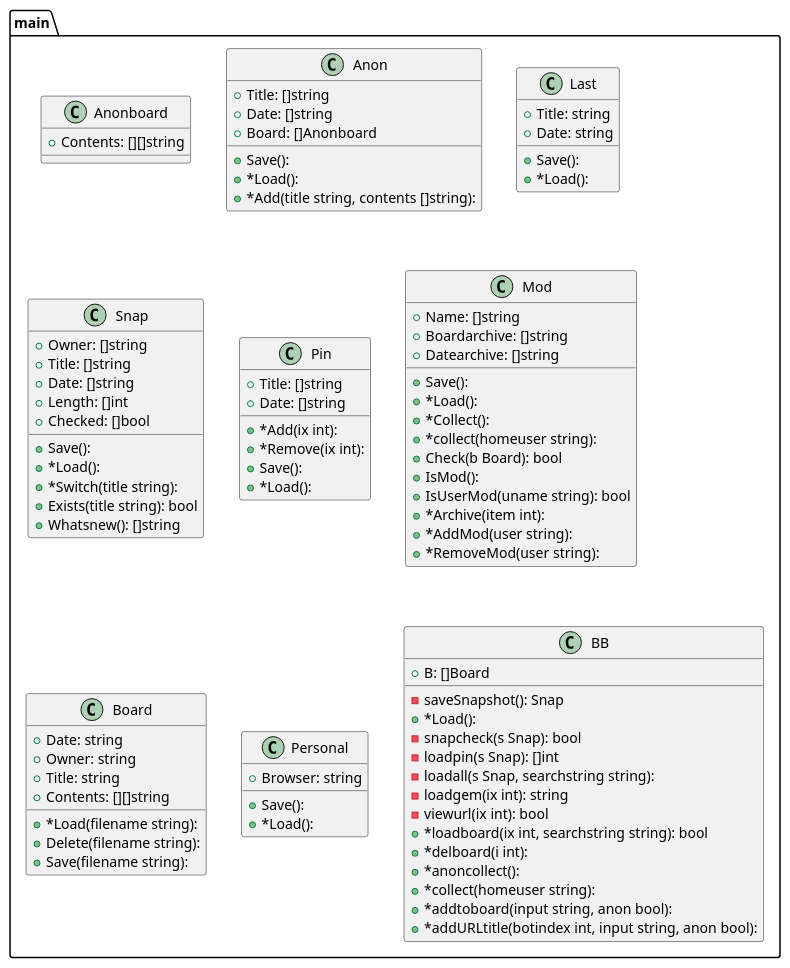
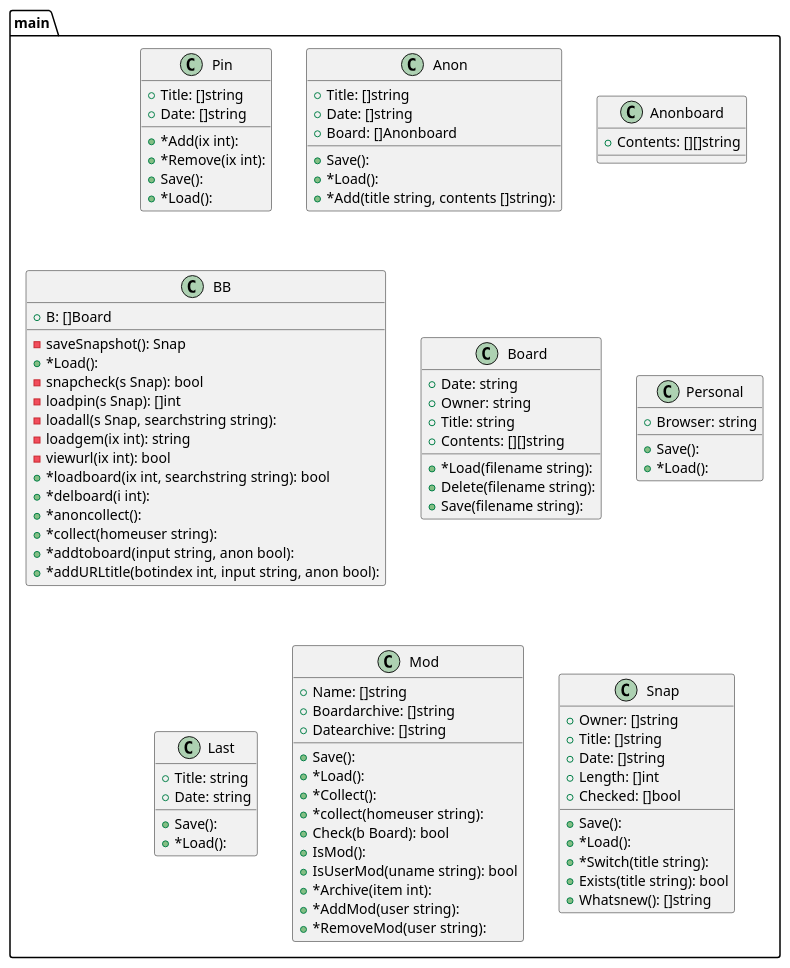
The diagram in graph.puml (tbal999/bb), drawn with PlantUML before and after one commit. The commit also changed other lines of this file and 1 other file, not shown here.

```diff
--- a/graph.puml
+++ b/graph.puml
@@ -1,104 +1,104 @@
 @startuml
 package ...main{
-class Anonboard {
-+Contents: [][]string
-
+class Pin {
++Title: []string
++Date: []string
++*Add(ix int): 
++*Remove(ix int): 
++Save(): 
++*Load(): 
 }
 }
 package ...main{
 class Anon {
 +Title: []string
 +Date: []string
 +Board: []Anonboard
 +Save(): 
 +*Load(): 
 +*Add(title string, contents []string): 
 }
 }
 package ...main{
-class Last {
+class Anonboard {
++Contents: [][]string
+
+}
+}
+package ...main{
+class BB {
++B: []Board
+-saveSnapshot(): Snap
++*Load(): 
+-snapcheck(s Snap): bool
+-loadpin(s Snap): []int
+-loadall(s Snap, searchstring string): 
+-loadgem(ix int): string
+-viewurl(ix int): bool
++*loadboard(ix int, searchstring string): bool
++*delboard(i int): 
++*anoncollect(): 
++*collect(homeuser string): 
++*addtoboard(input string, anon bool): 
++*addURLtitle(botindex int, input string, anon bool): 
+}
+}
+package ...main{
+class Board {
++Date: string
++Owner: string
 +Title: string
-+Date: string
++Contents: [][]string
++*Load(filename string): 
++Delete(filename string): 
++Save(filename string): 
+}
+}
+package ...main{
+class Personal {
++Browser: string
 +Save(): 
 +*Load(): 
 }
 }
 package ...main{
-class Snap {
-+Owner: []string
-+Title: []string
-+Date: []string
-+Length: []int
-+Checked: []bool
-+Save(): 
-+*Load(): 
-+*Switch(title string): 
-+Exists(title string): bool
-+Whatsnew(): []string
-}
-}
-package ...main{
-class Pin {
-+Title: []string
-+Date: []string
-+*Add(ix int): 
-+*Remove(ix int): 
+class Last {
++Title: string
++Date: string
 +Save(): 
 +*Load(): 
 }
 }
 package ...main{
 class Mod {
 +Name: []string
 +Boardarchive: []string
 +Datearchive: []string
 +Save(): 
 +*Load(): 
 +*Collect(): 
 +*collect(homeuser string): 
 +Check(b Board): bool
 +IsMod(): 
 +IsUserMod(uname string): bool
 +*Archive(item int): 
 +*AddMod(user string): 
 +*RemoveMod(user string): 
 }
 }
 package ...main{
-class Board {
-+Date: string
-+Owner: string
-+Title: string
-+Contents: [][]string
-+*Load(filename string): 
-+Delete(filename string): 
-+Save(filename string): 
-}
-}
-package ...main{
-class Personal {
-+Browser: string
+class Snap {
++Owner: []string
++Title: []string
++Date: []string
++Length: []int
++Checked: []bool
 +Save(): 
 +*Load(): 
-}
-}
-package ...main{
-class BB {
-+B: []Board
--saveSnapshot(): Snap
-+*Load(): 
--snapcheck(s Snap): bool
--loadpin(s Snap): []int
--loadall(s Snap, searchstring string): 
--loadgem(ix int): string
--viewurl(ix int): bool
-+*loadboard(ix int, searchstring string): bool
-+*delboard(i int): 
-+*anoncollect(): 
-+*collect(homeuser string): 
-+*addtoboard(input string, anon bool): 
-+*addURLtitle(botindex int, input string, anon bool): 
++*Switch(title string): 
++Exists(title string): bool
++Whatsnew(): []string
 }
 }
 
 @enduml
```
